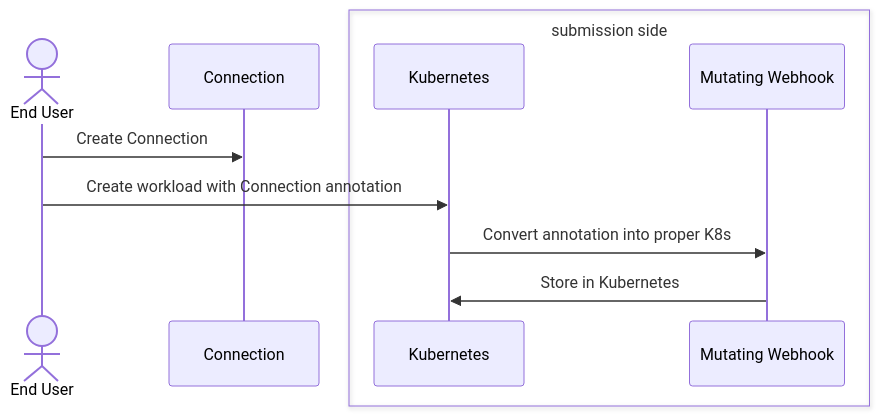
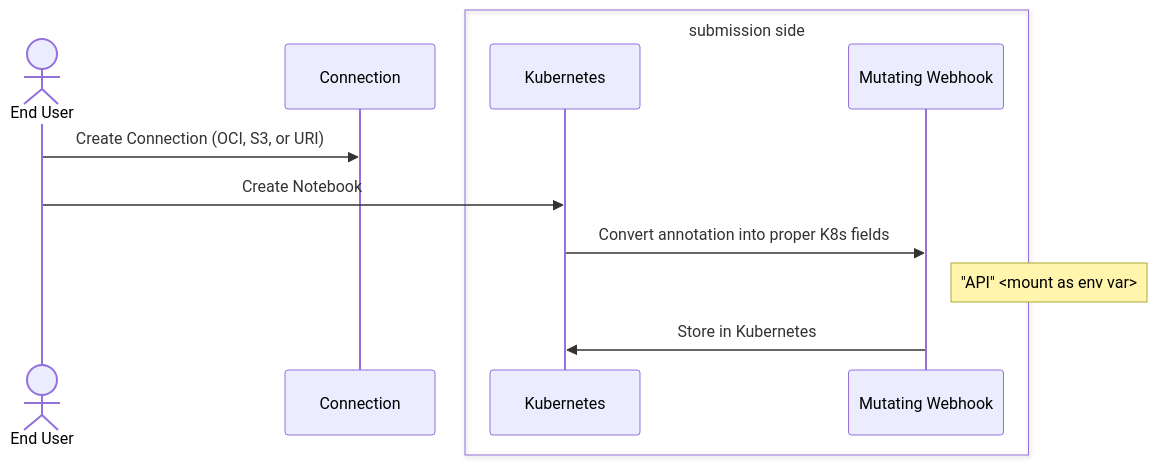
The first of 2 diagrams in README.md (andrewballantyne/odh-dashboard), drawn with Mermaid before and after one commit. The commit also changed other lines of this file, not shown here.

````diff
--- a/README.md
+++ b/README.md
@@ -6,15 +9,15 @@
 ```mermaid
 sequenceDiagram
     actor U as End User
     participant C as Connection
     box submission side
     participant K8s as Kubernetes
     participant webhook as Mutating Webhook
     end
 
-    U->>C: Create Connection
-    U->>K8s: Create workload with Connection annotation
-    K8s->>webhook: Convert annotation into proper K8s
+    U->>C: Create Connection (OCI, S3, or URI)
+    U->>K8s: Create Notebook
+    K8s->>webhook: Convert annotation into proper K8s fields
+    Note right of webhook: "API" <mount as env var>
     webhook->>K8s: Store in Kubernetes
-
 ```
````
